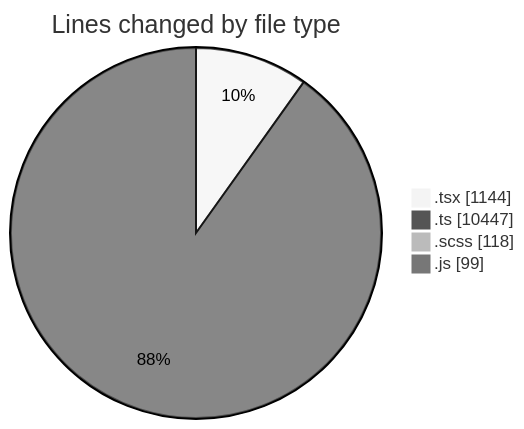
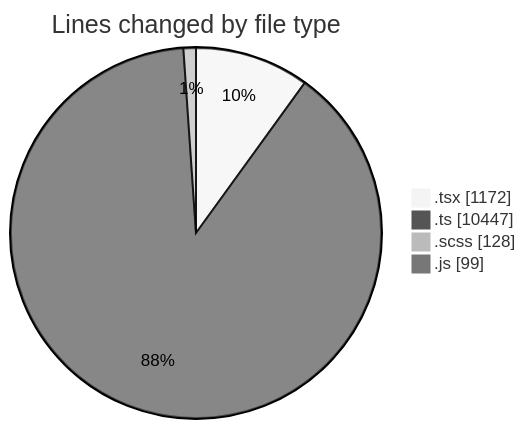
Before and after one commit to momahboobian/code-tracking: the first of 2 diagrams in 2025-03-26/cda/README.md, drawn with Mermaid (neutral theme). The commit also changed other lines of this file and 1 other file, not shown here.

````diff
--- a/2025-03-26/cda/README.md
+++ b/2025-03-26/cda/README.md
@@ -42,8 +42,8 @@
 ```mermaid
 pie showData
 title Lines changed by file type
-".tsx" : 1144
+".tsx" : 1172
 ".ts" : 10447
-".scss" : 118
+".scss" : 128
 ".js" : 99
 ```
````
